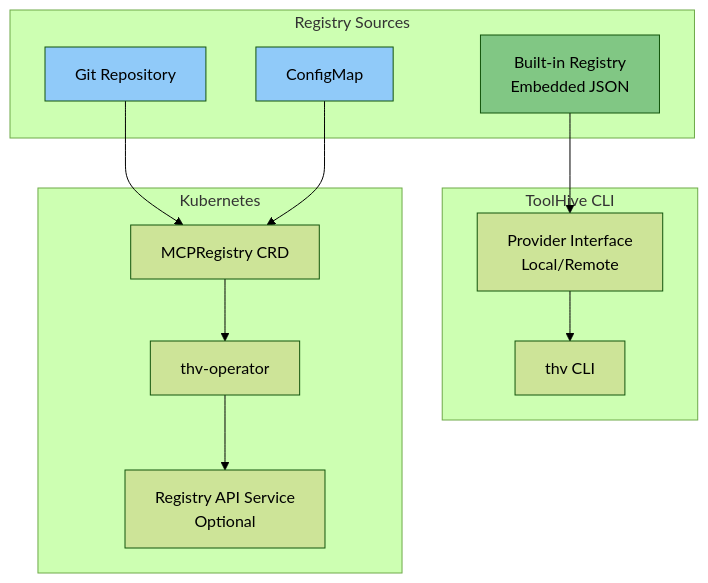
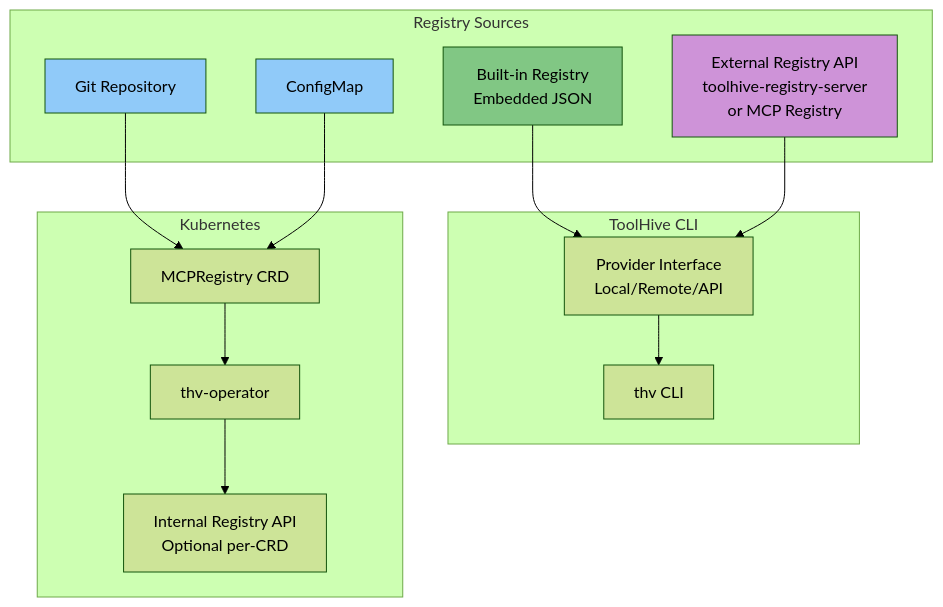
One commit to stacklok/toolhive changed the diagram in docs/arch/06-registry-system.md. Above: the diagram before and after it, drawn with Mermaid (forest theme). The commit also changed other lines of this file and 2 other files, not shown here.

Commit message:
Update the arch docs for the registry

````diff
--- a/docs/arch/06-registry-system.md
+++ b/docs/arch/06-registry-system.md
@@ -17,31 +17,34 @@
 ```mermaid
 graph TB
     subgraph "Registry Sources"
         Builtin[Built-in Registry<br/>Embedded JSON]
         Git[Git Repository]
         CM[ConfigMap]
+        ExtAPI[External Registry API<br/>toolhive-registry-server<br/>or MCP Registry]
     end
 
     subgraph "ToolHive CLI"
         CLI[thv CLI]
-        Provider[Provider Interface<br/>Local/Remote]
+        Provider[Provider Interface<br/>Local/Remote/API]
     end
 
     subgraph "Kubernetes"
         MCPReg[MCPRegistry CRD]
         Operator[thv-operator]
-        API[Registry API Service<br/>Optional]
+        IntAPI[Internal Registry API<br/>Optional per-CRD]
     end
 
     Builtin --> Provider
+    ExtAPI --> Provider
     Git --> MCPReg
     CM --> MCPReg
     Provider --> CLI
 
     MCPReg --> Operator
-    Operator --> API
+    Operator --> IntAPI
 
     style Builtin fill:#81c784
     style Git fill:#90caf9
     style CM fill:#90caf9
+    style ExtAPI fill:#ce93d8
 ```
````
